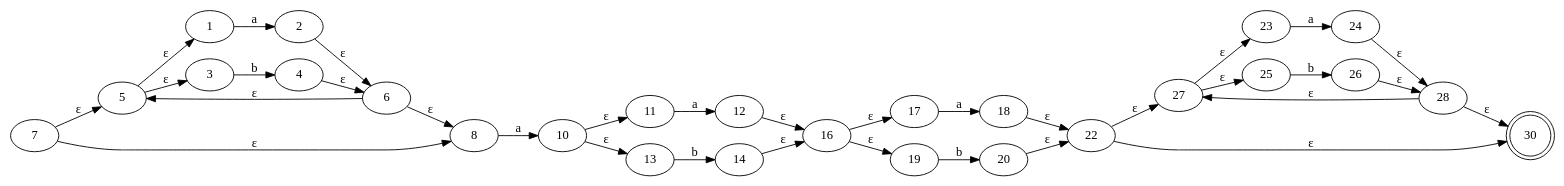
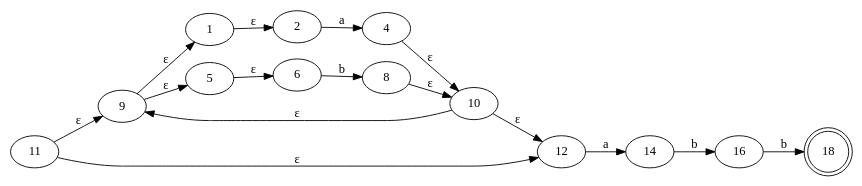
One commit to rmonzon98/Dise-o-de-lenguajes changed the diagram in graficas/Thompson.gv. Above: the diagram before and after it, drawn with Graphviz. The commit also changed 12 other files, not shown here.

```diff
--- a/graficas/Thompson.gv
+++ b/graficas/Thompson.gv
@@ -1,62 +1,31 @@
 digraph Automata {
 	rankdir=LR
+	9 [label=9]
+	1 [label=1]
 	5 [label=5]
-	1 [label=1]
-	3 [label=3]
 	2 [label=2]
 	4 [label=4]
 	6 [label=6]
-	7 [label=7]
 	8 [label=8]
 	10 [label=10]
 	11 [label=11]
 	12 [label=12]
-	13 [label=13]
 	14 [label=14]
 	16 [label=16]
-	17 [label=17]
-	18 [label=18]
-	19 [label=19]
-	20 [label=20]
-	22 [label=22]
-	27 [label=27]
-	23 [label=23]
-	25 [label=25]
-	24 [label=24]
-	26 [label=26]
-	28 [label=28]
-	30 [label=30 shape=doublecircle]
-	5 -> 1 [label="ε"]
-	5 -> 3 [label="ε"]
-	1 -> 2 [label=a]
-	3 -> 4 [label=b]
-	2 -> 6 [label="ε"]
-	4 -> 6 [label="ε"]
-	7 -> 5 [label="ε"]
-	7 -> 8 [label="ε"]
-	6 -> 8 [label="ε"]
-	6 -> 5 [label="ε"]
-	8 -> 10 [label=a]
-	11 -> 12 [label=a]
-	13 -> 14 [label=b]
-	12 -> 16 [label="ε"]
-	14 -> 16 [label="ε"]
-	10 -> 11 [label="ε"]
-	10 -> 13 [label="ε"]
-	17 -> 18 [label=a]
-	19 -> 20 [label=b]
-	18 -> 22 [label="ε"]
-	20 -> 22 [label="ε"]
-	16 -> 17 [label="ε"]
-	16 -> 19 [label="ε"]
-	27 -> 23 [label="ε"]
-	27 -> 25 [label="ε"]
-	23 -> 24 [label=a]
-	25 -> 26 [label=b]
-	24 -> 28 [label="ε"]
-	26 -> 28 [label="ε"]
-	28 -> 30 [label="ε"]
-	28 -> 27 [label="ε"]
-	22 -> 27 [label="ε"]
-	22 -> 30 [label="ε"]
+	18 [label=18 shape=doublecircle]
+	9 -> 1 [label="ε"]
+	9 -> 5 [label="ε"]
+	1 -> 2 [label="ε"]
+	2 -> 4 [label=a]
+	5 -> 6 [label="ε"]
+	6 -> 8 [label=b]
+	4 -> 10 [label="ε"]
+	8 -> 10 [label="ε"]
+	11 -> 9 [label="ε"]
+	11 -> 12 [label="ε"]
+	10 -> 12 [label="ε"]
+	10 -> 9 [label="ε"]
+	12 -> 14 [label=a]
+	14 -> 16 [label=b]
+	16 -> 18 [label=b]
 }
```
